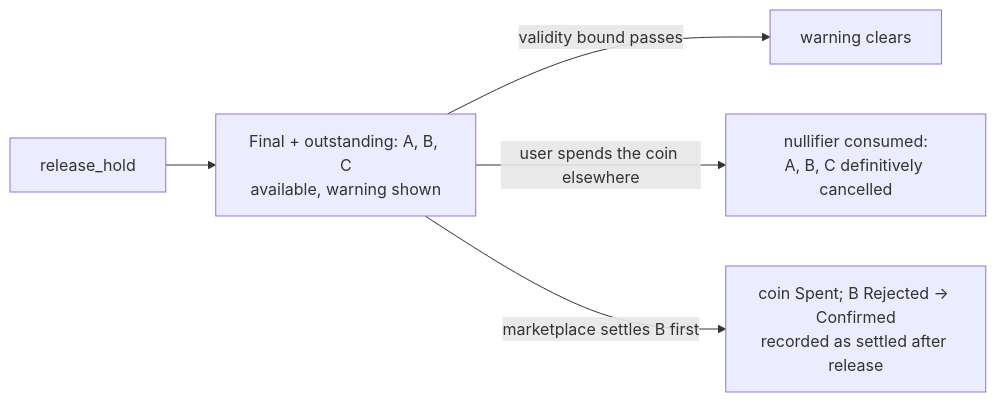
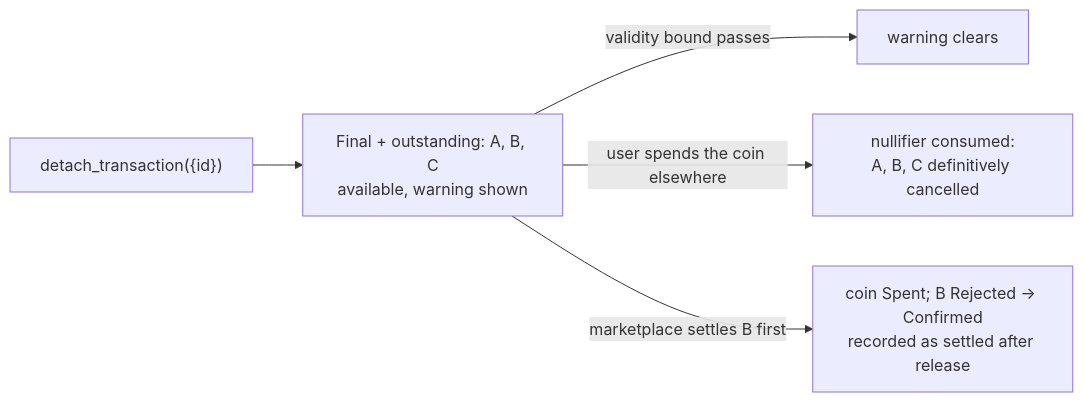
The fourth of 4 diagrams in README.md (acedward/midnight-utxo-pinning), drawn with Mermaid before and after one commit. The commit also changed other lines of this file and 14 other files, not shown here.

Commit message:
Refcount pins, use + optional mark, detach_transaction with force; summary walkthrough table; assemble-spec tool

````diff
--- a/README.md
+++ b/README.md
@@ -211,7 +236,7 @@
 ```mermaid
 flowchart LR
-    R[release_hold] --> F["Final + outstanding: A, B, C<br/>available, warning shown"]
+    R["detach_transaction({id})"] --> F["Final + outstanding: A, B, C<br/>available, warning shown"]
     F -->|validity bound passes| C1[warning clears]
     F -->|user spends the coin elsewhere| C2["nullifier consumed:<br/>A, B, C definitively cancelled"]
     F -->|marketplace settles B first| C3["coin Spent; B Rejected → Confirmed<br/>recorded as settled after release"]
 ```
````
